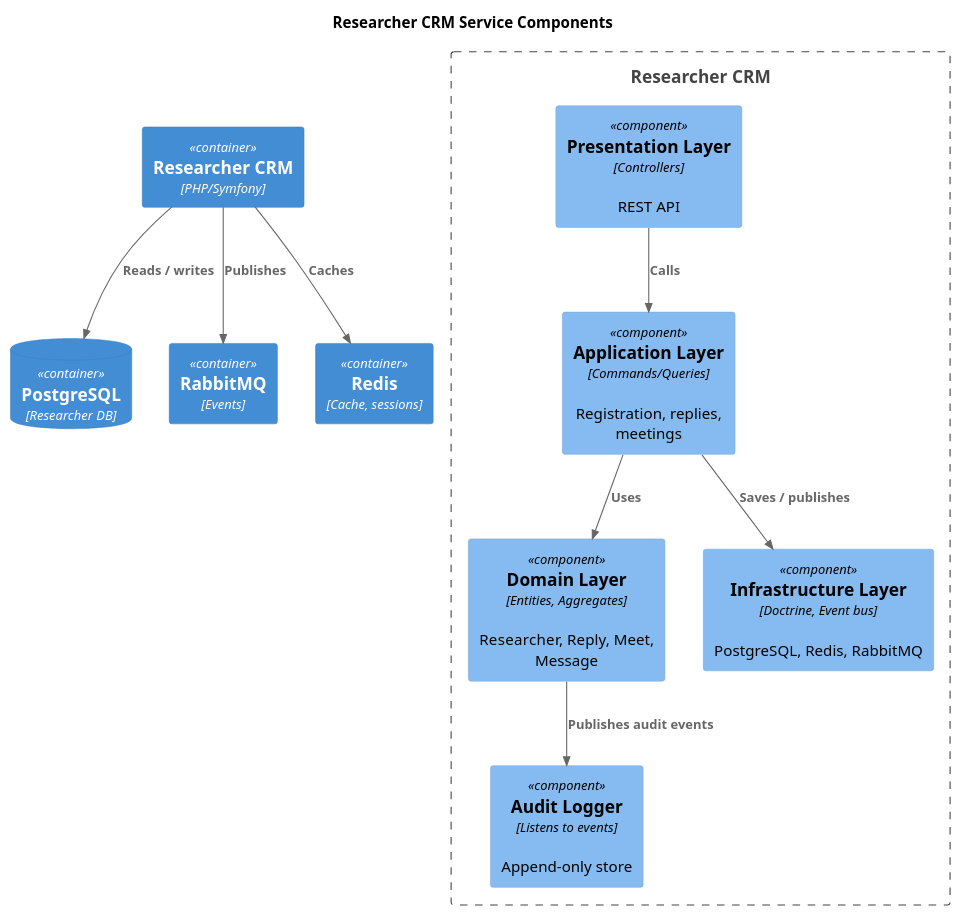
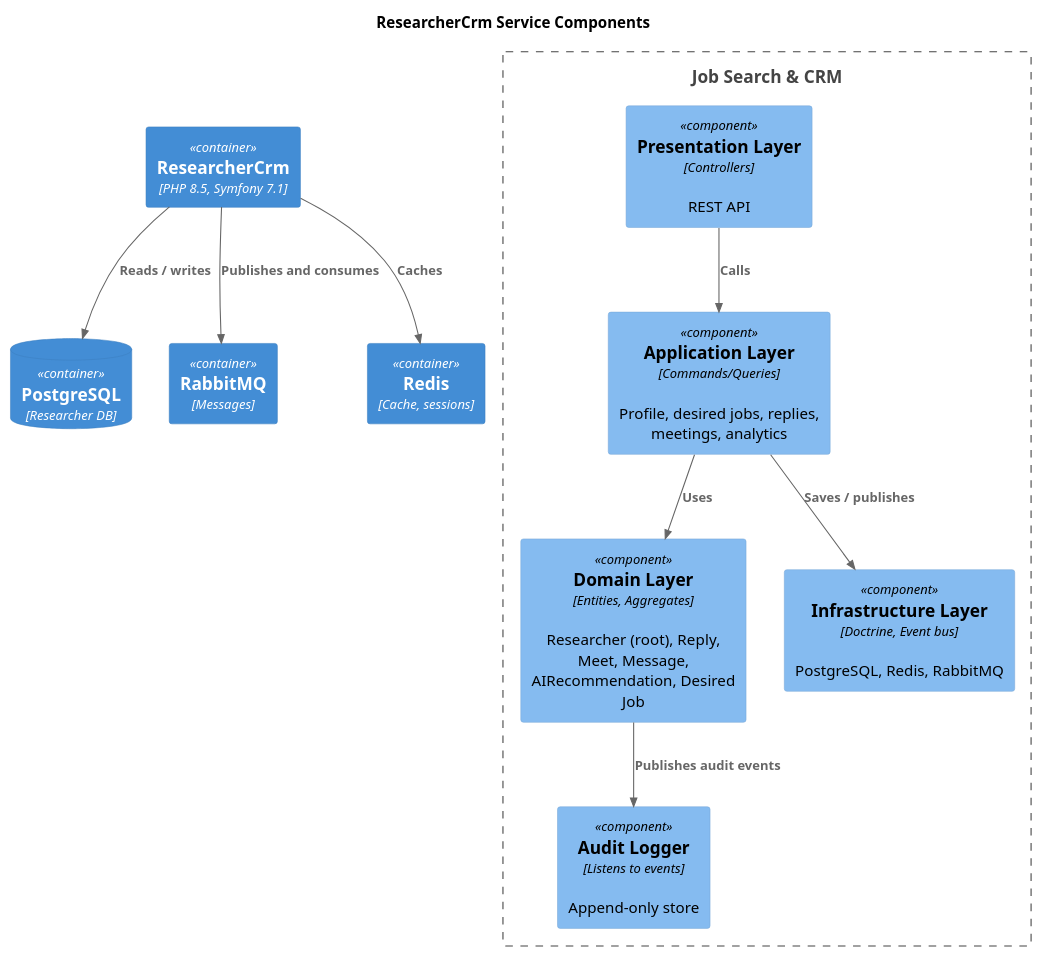
The diagram in docs/c4/components-researcher-crm.puml (AIJobResearcher/docs), drawn with PlantUML before and after one commit. The commit also changed 61 other files, not shown here.

```diff
--- a/docs/c4/components-researcher-crm.puml
+++ b/docs/c4/components-researcher-crm.puml
@@ -1,29 +1,29 @@
 @startuml
 !include https://raw.githubusercontent.com/plantuml-stdlib/C4-PlantUML/master/C4_Component.puml
 
-title Researcher CRM Service Components
+title ResearcherCrm Service Components
 
-Container(researcher_crm, "Researcher CRM", "PHP/Symfony")
+Container(researcher_crm, "ResearcherCrm", "PHP 8.5, Symfony 7.1")
 
-Boundary(researcher_boundary, "Researcher CRM") {
+Boundary(researcher_boundary, "Job Search & CRM") {
     Component(presentation, "Presentation Layer", "Controllers", "REST API")
-    Component(application, "Application Layer", "Commands/Queries", "Registration, replies, meetings")
-    Component(domain, "Domain Layer", "Entities, Aggregates", "Researcher, Reply, Meet, Message")
+    Component(application, "Application Layer", "Commands/Queries", "Profile, desired jobs, replies, meetings, analytics")
+    Component(domain, "Domain Layer", "Entities, Aggregates", "Researcher (root), Reply, Meet, Message, AIRecommendation, Desired Job")
     Component(infrastructure, "Infrastructure Layer", "Doctrine, Event bus", "PostgreSQL, Redis, RabbitMQ")
     Component(audit, "Audit Logger", "Listens to events", "Append-only store")
 
     Rel(presentation, application, "Calls")
     Rel(application, domain, "Uses")
     Rel(application, infrastructure, "Saves / publishes")
     Rel(domain, audit, "Publishes audit events")
 }
 
 ContainerDb(postgres, "PostgreSQL", "Researcher DB")
-Container(rabbitmq, "RabbitMQ", "Events")
+Container(rabbitmq, "RabbitMQ", "Messages")
 Container(redis, "Redis", "Cache, sessions")
 
 Rel(researcher_crm, postgres, "Reads / writes")
-Rel(researcher_crm, rabbitmq, "Publishes")
+Rel(researcher_crm, rabbitmq, "Publishes and consumes")
 Rel(researcher_crm, redis, "Caches")
 
 @enduml
```
